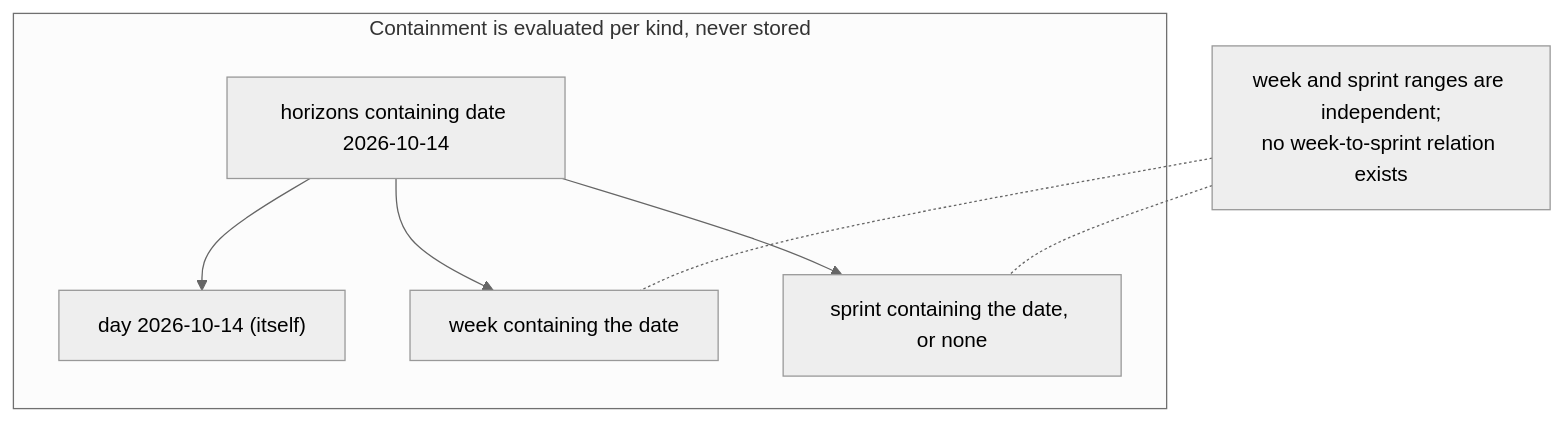
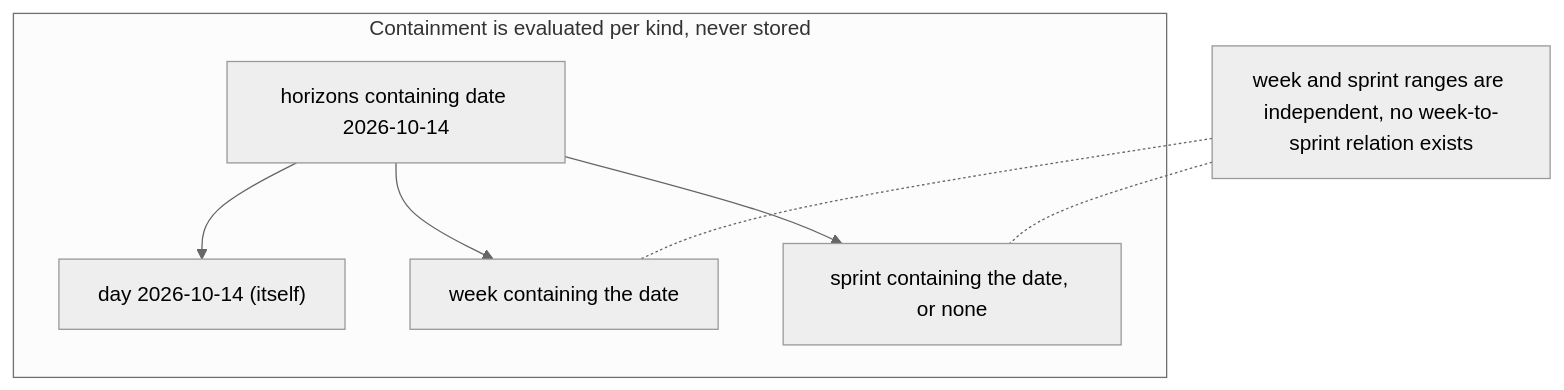
Before and after one commit to phillipgreenii/nix-agent-support: the second of 4 diagrams in docs/superpowers/specs/2026-10-10-planning-horizons-design.md, drawn with Mermaid (neutral theme).

Commit message:
docs(specs): remove a semicolon from a mermaid node label in the planning horizons spec (pg2-67it0)

````diff
--- a/docs/superpowers/specs/2026-10-10-planning-horizons-design.md
+++ b/docs/superpowers/specs/2026-10-10-planning-horizons-design.md
@@ -199,11 +199,11 @@
 ```mermaid
 flowchart TB
     subgraph kinds["Containment is evaluated per kind, never stored"]
         Q["horizons containing date 2026-10-14"]
         Q --> QD["day 2026-10-14 (itself)"]
         Q --> QW["week containing the date"]
         Q --> QS["sprint containing the date, or none"]
     end
-    NOTE["week and sprint ranges are independent;\nno week-to-sprint relation exists"] -.- QW
+    NOTE["week and sprint ranges are independent, no week-to-sprint relation exists"] -.- QW
     NOTE -.- QS
 ```
````
